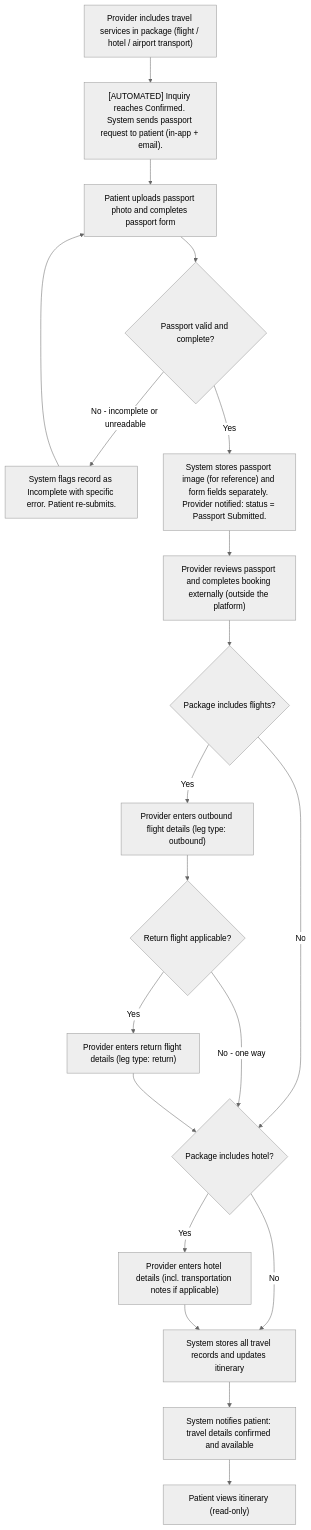
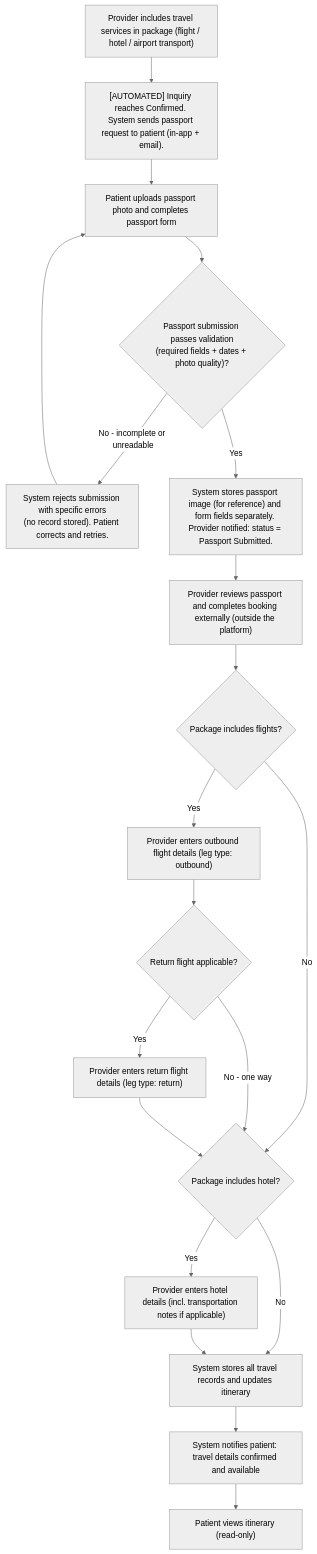
Before and after one commit to joachimtrungtuan/hairline-pm-docs: the first of 5 diagrams in project-requirements/functional-requirements/fr008-travel-booking-integration/prd.md, drawn with Mermaid (neutral theme). The commit also changed other lines of this file and 6 other files, not shown here.

````diff
--- a/project-requirements/functional-requirements/fr008-travel-booking-integration/prd.md
+++ b/project-requirements/functional-requirements/fr008-travel-booking-integration/prd.md
@@ -100,39 +100,39 @@
 ```mermaid
 flowchart TD
   A1["Provider includes travel services in package (flight / hotel / airport transport)"]
   A2["[AUTOMATED] Inquiry reaches Confirmed. System sends passport request to patient (in-app + email)."]
   A3["Patient uploads passport photo and completes passport form"]
-  A4{"Passport valid and complete?"}
-  A5["System flags record as Incomplete with specific error. Patient re-submits."]
+  A4{"Passport submission passes validation<br/>(required fields + dates + photo quality)?"}
+  A5["System rejects submission with specific errors<br/>(no record stored). Patient corrects and retries."]
   A6["System stores passport image (for reference) and form fields separately. Provider notified: status = Passport Submitted."]
   A7["Provider reviews passport and completes booking externally (outside the platform)"]
   A8{"Package includes flights?"}
   A9["Provider enters outbound flight details (leg type: outbound)"]
   A10{"Return flight applicable?"}
   A11["Provider enters return flight details (leg type: return)"]
   A12{"Package includes hotel?"}
   A13["Provider enters hotel details (incl. transportation notes if applicable)"]
   A14["System stores all travel records and updates itinerary"]
   A15["System notifies patient: travel details confirmed and available"]
   A16["Patient views itinerary (read-only)"]
 
   A1 --> A2
   A2 --> A3
   A3 --> A4
   A4 -->|No - incomplete or unreadable| A5
   A5 --> A3
   A4 -->|Yes| A6
   A6 --> A7
   A7 --> A8
   A8 -->|Yes| A9
   A8 -->|No| A12
   A9 --> A10
   A10 -->|Yes| A11
   A10 -->|No - one way| A12
   A11 --> A12
   A12 -->|Yes| A13
   A12 -->|No| A14
   A13 --> A14
   A14 --> A15
   A15 --> A16
 ```
````
